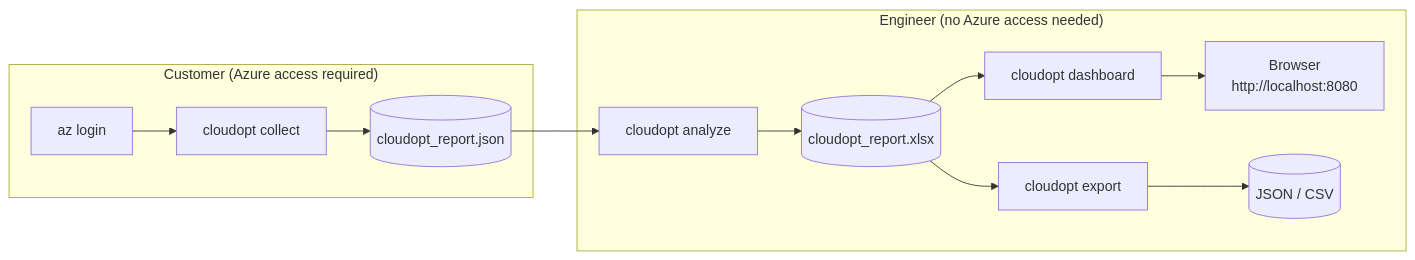
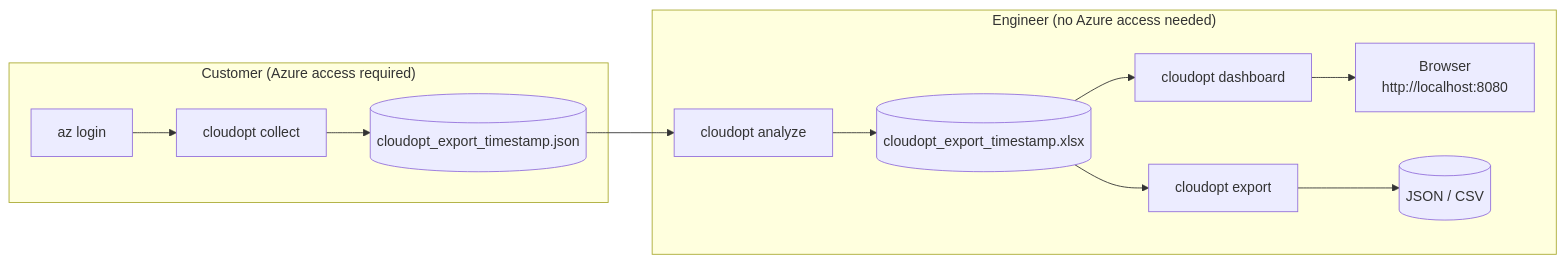
One commit to rod-reis/cloudopt changed the first of 2 diagrams in README.md. Above: the diagram before and after it, drawn with Mermaid. The commit also changed 7 other files, not shown here.

````diff
--- a/README.md
+++ b/README.md
@@ -21,16 +21,16 @@
 ```mermaid
 flowchart LR
     subgraph Customer["Customer (Azure access required)"]
         A[az login] --> B[cloudopt collect]
-        B --> C[(cloudopt_report.json)]
+        B --> C[(cloudopt_export_timestamp.json)]
     end
 
     subgraph Engineer["Engineer (no Azure access needed)"]
         C --> D[cloudopt analyze]
-        D --> E[(cloudopt_report.xlsx)]
+        D --> E[(cloudopt_export_timestamp.xlsx)]
         E --> F[cloudopt dashboard]
         F --> G[Browser\nhttp://localhost:8080]
         E --> H[cloudopt export]
         H --> I[(JSON / CSV)]
     end
 ```
````
